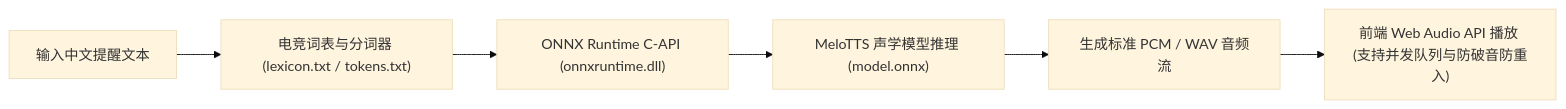
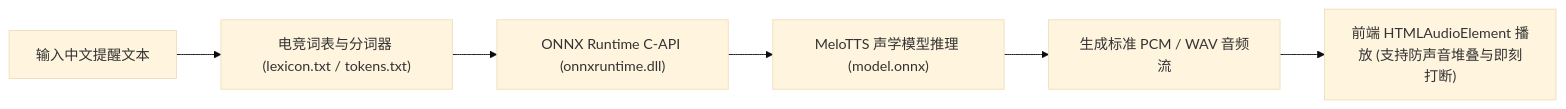
The third of 5 diagrams in docs/SUBSYSTEM_RUNTIMES.md (filusilia/tiny-coach), drawn with Mermaid (base theme) before and after one commit. The commit also changed other lines of this file and 64 other files, not shown here.

````diff
--- a/docs/SUBSYSTEM_RUNTIMES.md
+++ b/docs/SUBSYSTEM_RUNTIMES.md
@@ -97,8 +97,8 @@
 ```mermaid
 flowchart LR
     Text["输入中文提醒文本"] --> Lexicon["电竞词表与分词器 (lexicon.txt / tokens.txt)"]
     Lexicon --> CAPI["ONNX Runtime C-API (onnxruntime.dll)"]
     CAPI --> Acoustic["MeloTTS 声学模型推理 (model.onnx)"]
     Acoustic --> AudioData["生成标准 PCM / WAV 音频流"]
-    AudioData --> Frontend["前端 Web Audio API 播放 (支持并发队列与防破音防重入)"]
+    AudioData --> Frontend["前端 HTMLAudioElement 播放 (支持防声音堆叠与即刻打断)"]
 ```
````
